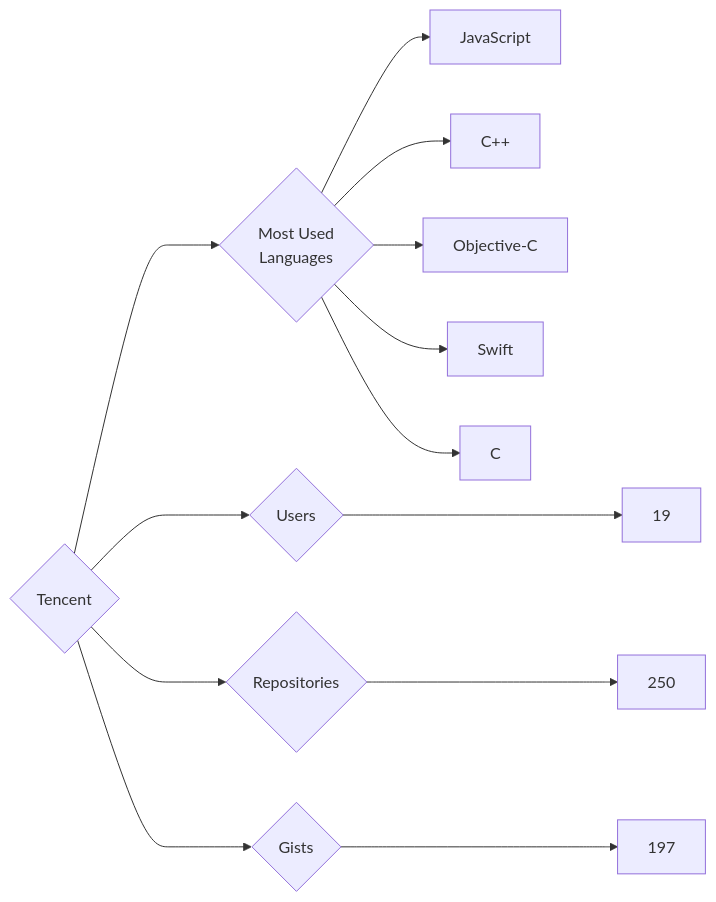
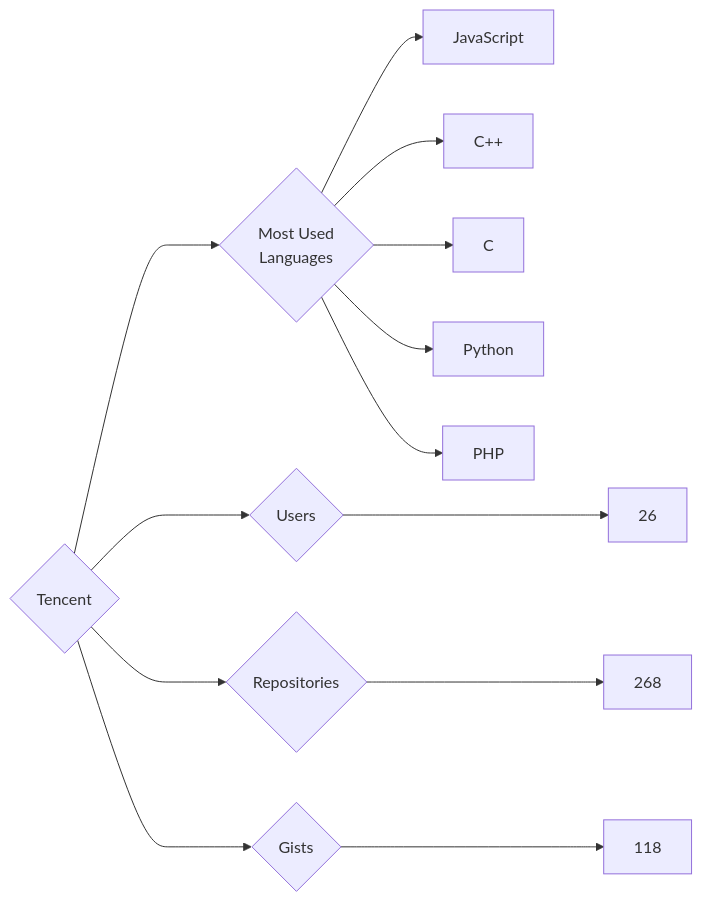
Before and after one commit to trickest/insiders: the diagram in targets/Tencent/README.md, drawn with Mermaid. The commit also changed 1479 other files, not shown here.

````diff
--- a/targets/Tencent/README.md
+++ b/targets/Tencent/README.md
@@ -3,13 +3,13 @@
 ```mermaid
 graph LR
 COMPANY_NAME{Tencent}
-COMPANY_NAME ---> U{Users} ---> UN[19]
-COMPANY_NAME ---> R{Repositories} ---> RN[250]
-COMPANY_NAME ---> G{Gists} ---> GN[197]
+COMPANY_NAME ---> U{Users} ---> UN[26]
+COMPANY_NAME ---> R{Repositories} ---> RN[268]
+COMPANY_NAME ---> G{Gists} ---> GN[118]
 COMPANY_NAME ---> ML{Most Used<br>Languages}
 ML --> JavaScript[JavaScript]
 ML --> C++[C++]
-ML --> Objective-C[Objective-C]
-ML --> Swift[Swift]
 ML --> C[C]
+ML --> Python[Python]
+ML --> PHP[PHP]
 ```
````
